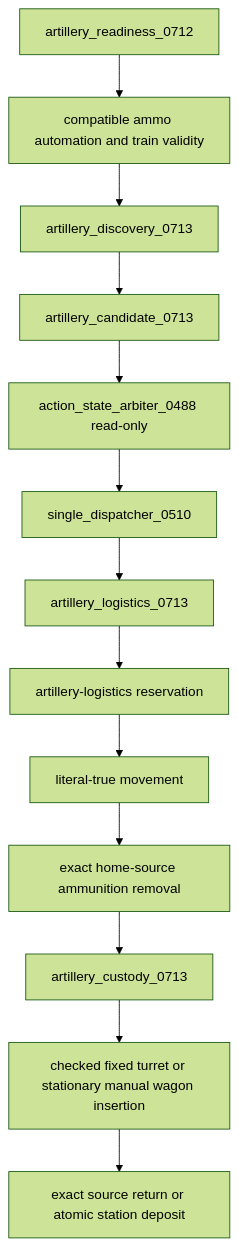
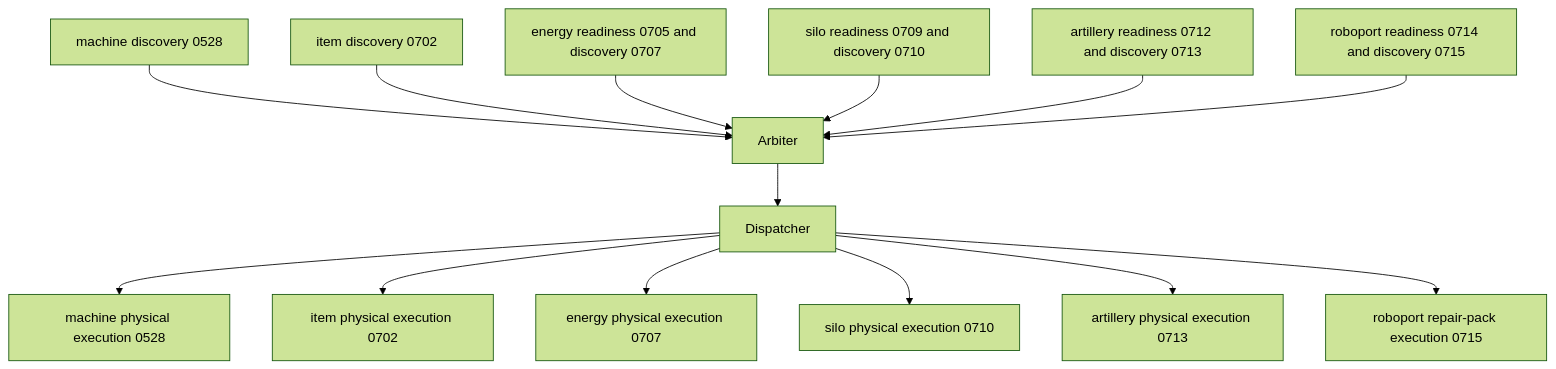
Before and after one commit to mrcalzon02/Tech-Priests: the fourth of 6 diagrams in docs/RECOVERY_AUTHORITY_MAP_CURRENT.md, drawn with Mermaid (forest theme). The commit also changed other lines of this file, not shown here.

Commit message:
Map consolidated construction and fluid turret authority

````diff
--- a/docs/RECOVERY_AUTHORITY_MAP_CURRENT.md
+++ b/docs/RECOVERY_AUTHORITY_MAP_CURRENT.md
@@ -278,19 +64,16 @@
 ```mermaid
 flowchart TD
-    Readiness[artillery_readiness_0712]
-    Preconditions[compatible ammo automation and train validity]
-    Discovery[artillery_discovery_0713]
-    Candidate[artillery_candidate_0713]
-    Classifier[action_state_arbiter_0488 read-only]
-    Dispatcher[single_dispatcher_0510]
-    Executor[artillery_logistics_0713]
-    Reserve[artillery-logistics reservation]
-    Move[literal-true movement]
-    Remove[exact home-source ammunition removal]
-    Custody[artillery_custody_0713]
-    Target[checked fixed turret or stationary manual wagon insertion]
-    Return[exact source return or atomic station deposit]
-
-    Readiness --> Preconditions --> Discovery --> Candidate --> Classifier --> Dispatcher --> Executor
-    Executor --> Reserve --> Move --> Remove --> Custody --> Target --> Return
+    Machine[machine discovery 0528] --> Arbiter
+    Item[item discovery 0702] --> Arbiter
+    Energy[energy readiness 0705 and discovery 0707] --> Arbiter
+    Silo[silo readiness 0709 and discovery 0710] --> Arbiter
+    Artillery[artillery readiness 0712 and discovery 0713] --> Arbiter
+    Roboport[roboport readiness 0714 and discovery 0715] --> Arbiter
+    Arbiter --> Dispatcher
+    Dispatcher --> MachineExec[machine physical execution 0528]
+    Dispatcher --> ItemExec[item physical execution 0702]
+    Dispatcher --> EnergyExec[energy physical execution 0707]
+    Dispatcher --> SiloExec[silo physical execution 0710]
+    Dispatcher --> ArtilleryExec[artillery physical execution 0713]
+    Dispatcher --> RoboportExec[roboport repair-pack execution 0715]
 ```
````
